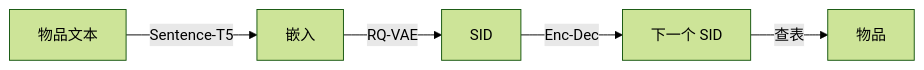
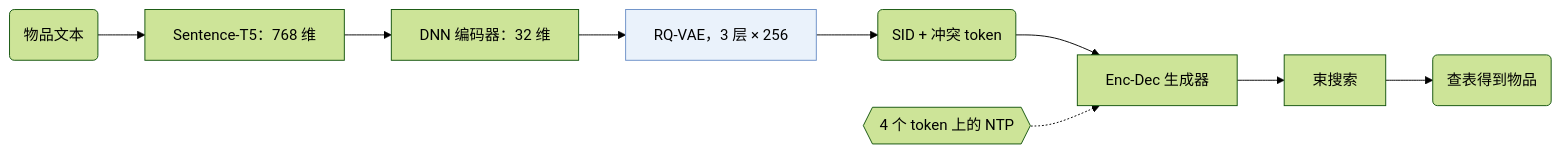
Before and after one commit to Galaxy-ghost/Awesome-SID-Generative-Rec: the first of 2 diagrams in notes/zh/tiger.md, drawn with Mermaid (forest theme). The commit also changed other lines of this file and 521 other files, not shown here.

Commit message:
writer-04 part 3: algorithm diagrams with shared shape conventions, README hero and paper cards, archive removed

````diff
--- a/notes/zh/tiger.md
+++ b/notes/zh/tiger.md
@@ -16,7 +16,12 @@
 ```mermaid
 flowchart LR
-    A[物品文本] -->|Sentence-T5| B[嵌入]
-    B -->|RQ-VAE| C[SID]
-    C -->|Enc-Dec| D[下一个 SID]
-    D -->|查表| E[物品]
+    A("物品文本") --> B["Sentence-T5：768 维"]
+    B --> C["DNN 编码器：32 维"]
+    C --> D["RQ-VAE，3 层 × 256"]:::key
+    D --> E("SID + 冲突 token")
+    E --> F["Enc-Dec 生成器"]
+    L1{{"4 个 token 上的 NTP"}} -.-> F
+    F --> G["束搜索"]
+    G --> H("查表得到物品")
+    classDef key fill:#eaf2fb,stroke:#6b8fc7
 ```
````
